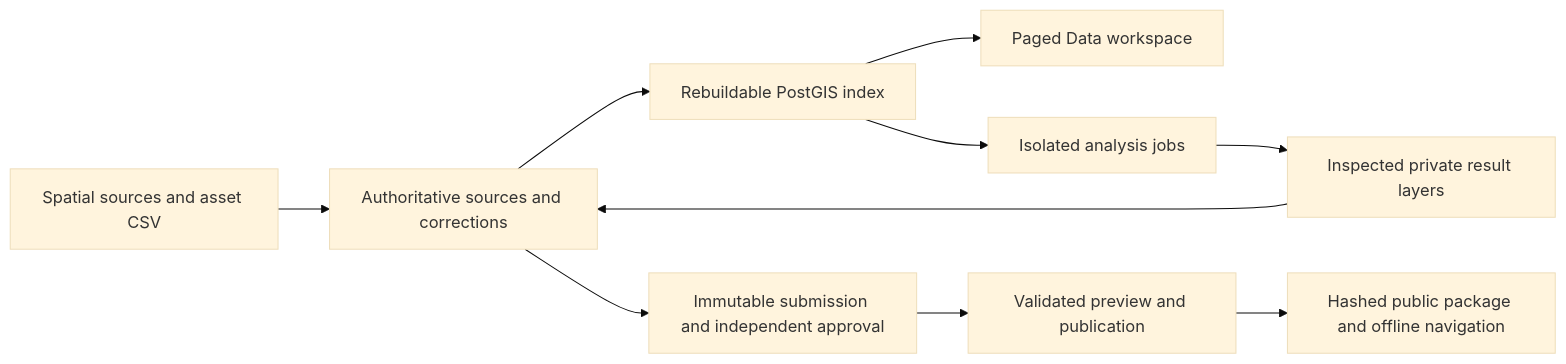
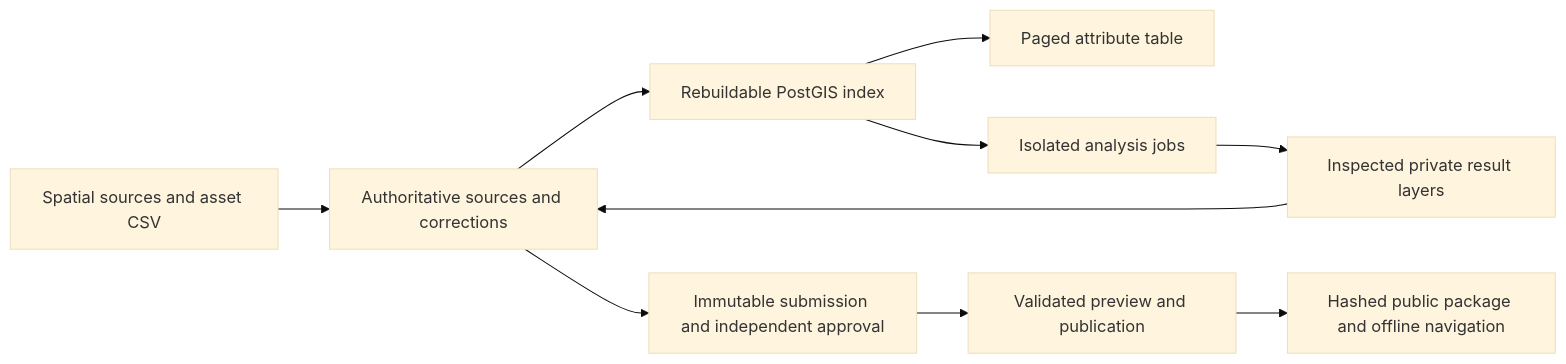
One commit to mrglasswillbreak/TurnRight changed the diagram in docs/ARCHITECTURE.md. Above: the diagram before and after it, drawn with Mermaid (base theme). The commit also changed other lines of this file and 53 other files, not shown here.

```diff
--- a/docs/ARCHITECTURE.md
+++ b/docs/ARCHITECTURE.md
@@ -7,12 +7,12 @@
 ~~~mermaid
 flowchart LR
   Sources[Spatial sources and asset CSV] --> Draft[Authoritative sources and corrections]
   Draft --> Index[Rebuildable PostGIS index]
-  Index --> Data[Paged Data workspace]
+  Index --> Data[Paged attribute table]
   Index --> Jobs[Isolated analysis jobs]
   Jobs --> Staged[Inspected private result layers]
   Staged --> Draft
   Draft --> Review[Immutable submission and independent approval]
   Review --> Release[Validated preview and publication]
   Release --> Public[Hashed public package and offline navigation]
 ~~~
```
